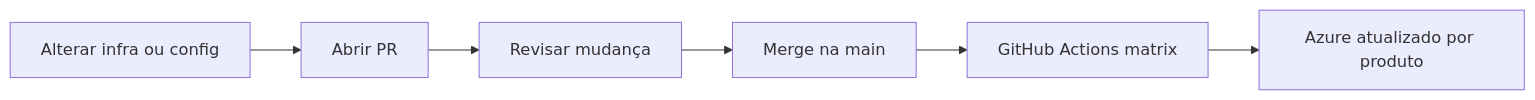
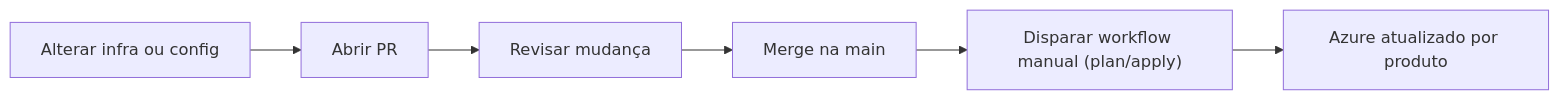
Before and after one commit to EdneiMonteiro/multi-product-terraform-github-actions: the sixth of 6 diagrams in docs/GUIA_POC.md, drawn with Mermaid. The commit also changed other lines of this file and 1 other file, not shown here.

````diff
--- a/docs/GUIA_POC.md
+++ b/docs/GUIA_POC.md
@@ -226,8 +246,8 @@
 ```mermaid
 flowchart LR
     Change["Alterar infra ou config"] --> PR["Abrir PR"]
     PR --> Review["Revisar mudança"]
     Review --> Main["Merge na main"]
-    Main --> Deploy["GitHub Actions matrix"]
+    Main --> Deploy["Disparar workflow manual (plan/apply)"]
     Deploy --> Azure["Azure atualizado por produto"]
 ```
````
